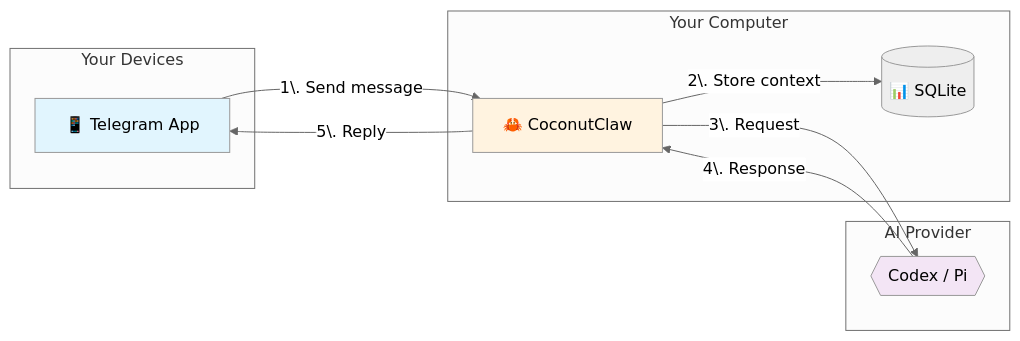
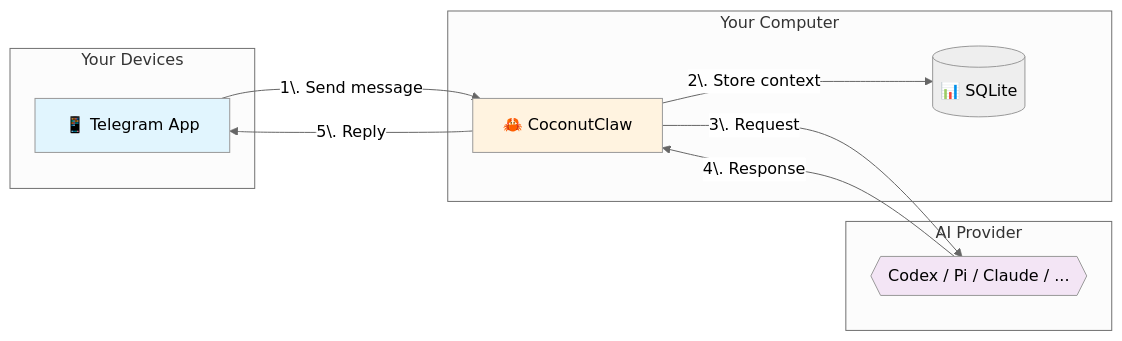
One commit to lsj5031/CoconutClaw changed the diagram in README.md. Above: the diagram before and after it, drawn with Mermaid (neutral theme). The commit also changed other lines of this file, not shown here.

````diff
--- a/README.md
+++ b/README.md
@@ -197,25 +214,25 @@
 ```mermaid
 flowchart LR
     subgraph User["Your Devices"]
         A[📱 Telegram App]
     end
 
     subgraph Local["Your Computer"]
         B[🦀 CoconutClaw]
         C[(📊 SQLite)]
     end
 
     subgraph AI["AI Provider"]
-        D{{Codex / Pi}}
+        D{{Codex / Pi / Claude / ...}}
     end
 
     A -->|"1\. Send message"| B
     B -->|"2\. Store context"| C
     B -->|"3\. Request"| D
     D -->|"4\. Response"| B
     B -->|"5\. Reply"| A
 
     style A fill:#e1f5fe
     style B fill:#fff3e0
     style D fill:#f3e5f5
 ```
````
